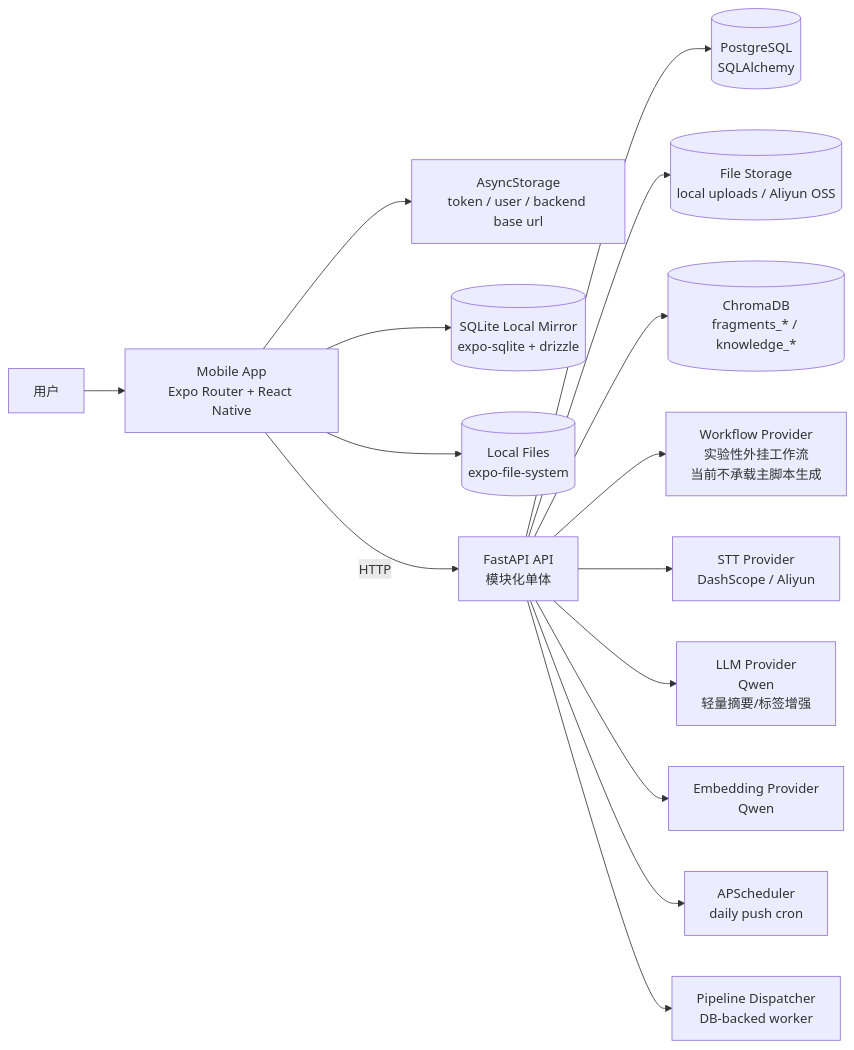
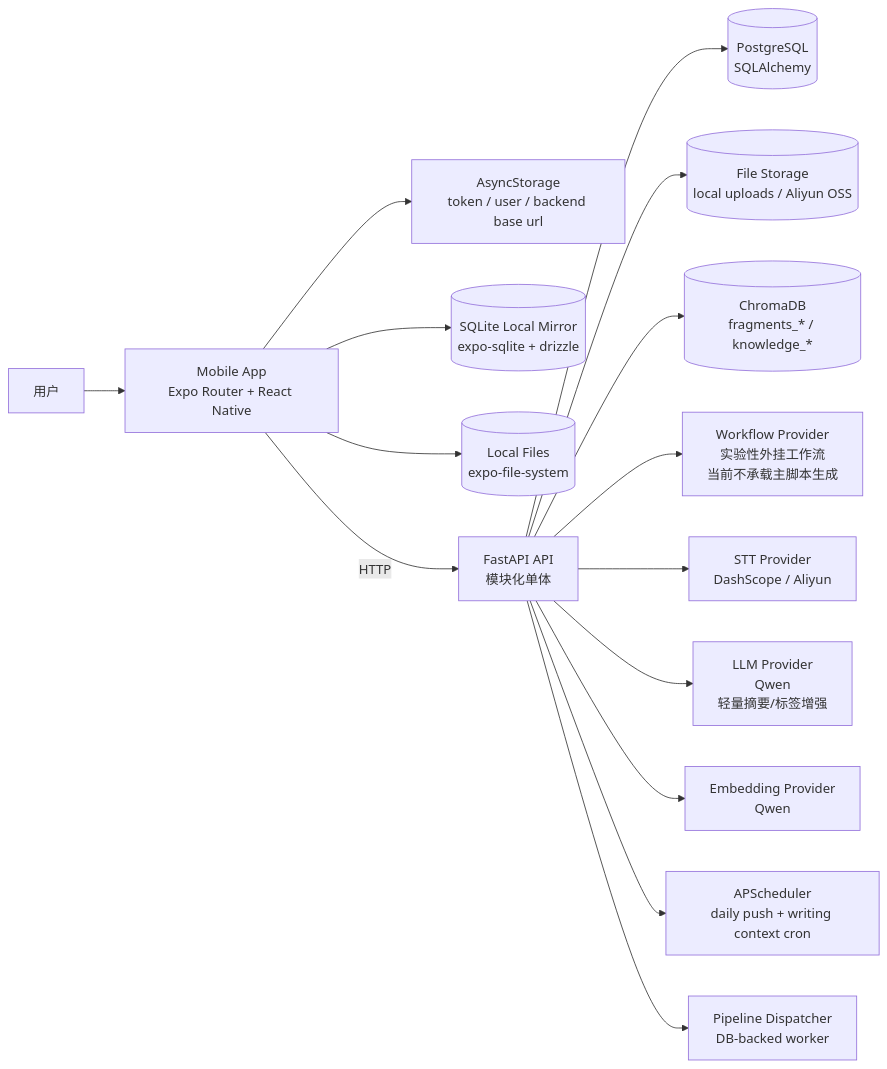
The first of 9 diagrams in memory-bank/architecture.md (YCZA2/SparkFlow), drawn with Mermaid before and after one commit. The commit also changed other lines of this file and 26 other files, not shown here.

Commit message:
Refine writing context refresh and externalize prompts

````diff
--- a/memory-bank/architecture.md
+++ b/memory-bank/architecture.md
@@ -22,33 +23,33 @@
 ```mermaid
 flowchart LR
     U["用户"]
     M["Mobile App<br/>Expo Router + React Native"]
     S["AsyncStorage<br/>token / user / backend base url"]
     LDB[("SQLite Local Mirror<br/>expo-sqlite + drizzle")]
     LFS[("Local Files<br/>expo-file-system")]
     API["FastAPI API<br/>模块化单体"]
     DB[("PostgreSQL<br/>SQLAlchemy")]
     FS[("File Storage<br/>local uploads / Aliyun OSS")]
     CHROMA[("ChromaDB<br/>fragments_* / knowledge_*")]
     WFP["Workflow Provider<br/>实验性外挂工作流<br/>当前不承载主脚本生成"]
     STT["STT Provider<br/>DashScope / Aliyun"]
     LLM["LLM Provider<br/>Qwen<br/>轻量摘要/标签增强"]
     EMB["Embedding Provider<br/>Qwen"]
-    SCH["APScheduler<br/>daily push cron"]
+    SCH["APScheduler<br/>daily push + writing context cron"]
     PIPE["Pipeline Dispatcher<br/>DB-backed worker"]
 
     U --> M
     M --> S
     M --> LDB
     M --> LFS
     M -->|HTTP| API
     API --> DB
     API --> FS
     API --> CHROMA
     API --> WFP
     API --> STT
     API --> LLM
     API --> EMB
     API --> SCH
     API --> PIPE
 ```
````
